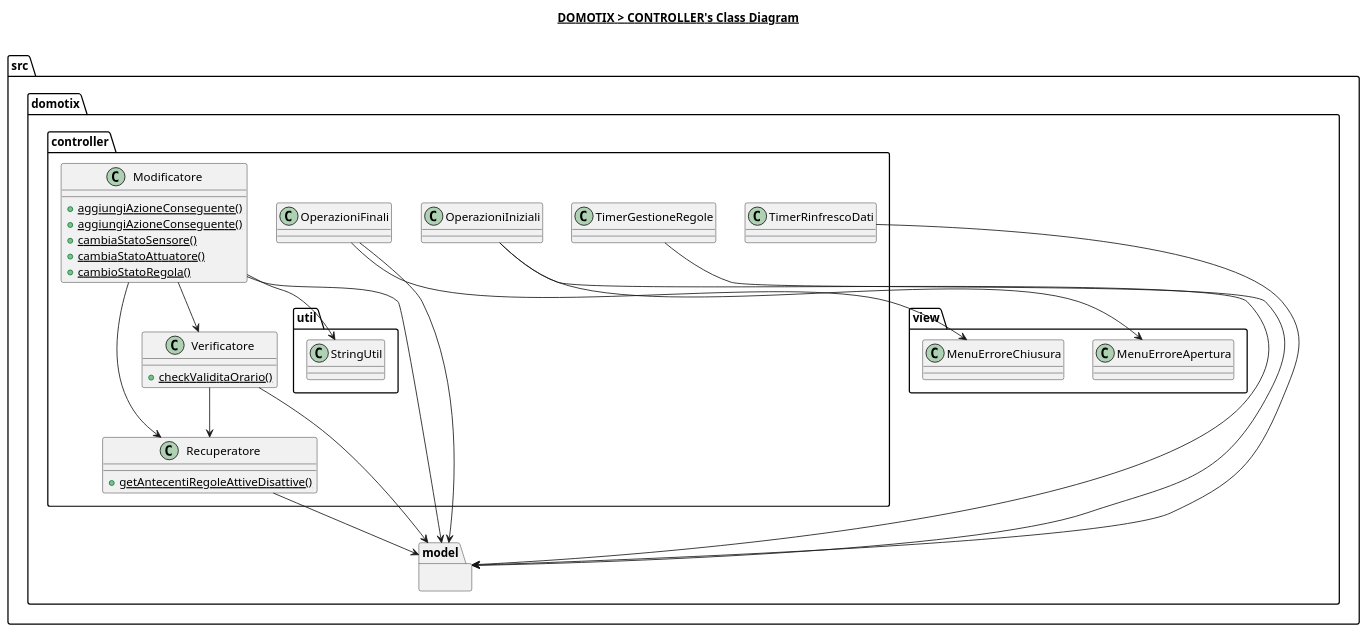
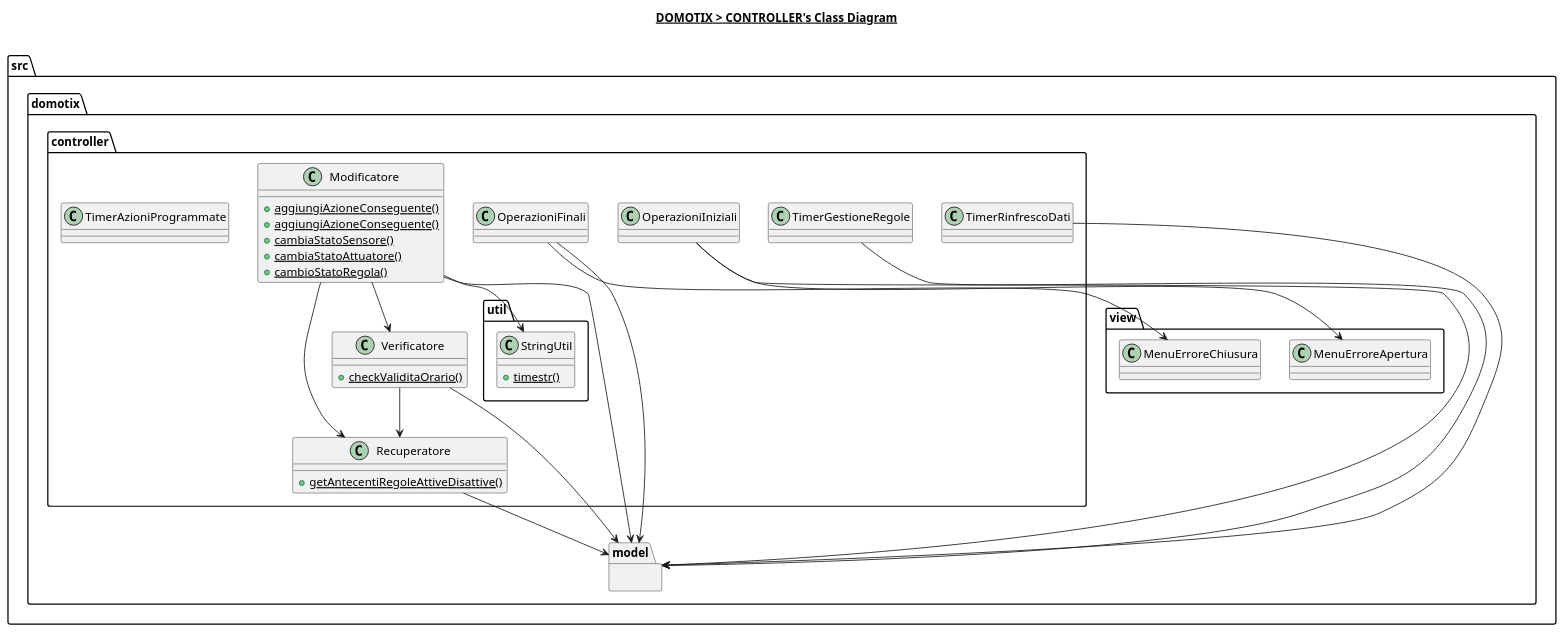
The diagram in src/domotix/controller/controller.plantuml (Edoar-do/Domotix), drawn with PlantUML before and after one commit. The commit also changed 3 other files, not shown here.

Commit message:
Sistema diagrammi per modifiche

```diff
--- a/src/domotix/controller/controller.plantuml
+++ b/src/domotix/controller/controller.plantuml
@@ -1,65 +1,69 @@
 @startuml
 
 title __DOMOTIX > CONTROLLER's Class Diagram__\n
 
 namespace src.domotix.controller {
     class src.domotix.controller.Modificatore {
         {static} + aggiungiAzioneConseguente()
         {static} + aggiungiAzioneConseguente()
         {static} + cambiaStatoSensore()
         {static} + cambiaStatoAttuatore()
         {static} + cambioStatoRegola()
     }
 
     class src.domotix.controller.OperazioniFinali {
 
     }
 
     class src.domotix.controller.OperazioniIniziali {
 
     }
 
     class src.domotix.controller.Recuperatore {
         {static} + getAntecentiRegoleAttiveDisattive()
     }
 
     class src.domotix.controller.Verificatore {
         {static} + checkValiditaOrario()
     }
 
     class src.domotix.controller.TimerGestioneRegole {
     }
 
     class src.domotix.controller.TimerRinfrescoDati {
     }
 
+    class src.domotix.controller.TimerAzioniProgrammate {
+    }
+
     namespace util {
         class src.domotix.controller.util.StringUtil {
+            {static} + timestr()
         }
     }
 }
 
 namespace src.domotix.model {
 
 }
 
 src.domotix.controller.Modificatore --> src.domotix.controller.util.StringUtil
 src.domotix.controller.Modificatore --> src.domotix.controller.Recuperatore
 src.domotix.controller.Modificatore --> src.domotix.controller.Verificatore
 src.domotix.controller.Modificatore --> src.domotix.model
 
 src.domotix.controller.Verificatore --> src.domotix.controller.Recuperatore
 src.domotix.controller.Verificatore --> src.domotix.model
 
 src.domotix.controller.Recuperatore --> src.domotix.model
 
 src.domotix.controller.OperazioniIniziali --> src.domotix.model
 src.domotix.controller.OperazioniIniziali --> src.domotix.view.MenuErroreApertura
 
 src.domotix.controller.OperazioniFinali --> src.domotix.model
 src.domotix.controller.OperazioniFinali --> src.domotix.view.MenuErroreChiusura
 
 src.domotix.controller.TimerGestioneRegole --> src.domotix.model
 src.domotix.controller.TimerRinfrescoDati --> src.domotix.model
 
 @enduml
```
